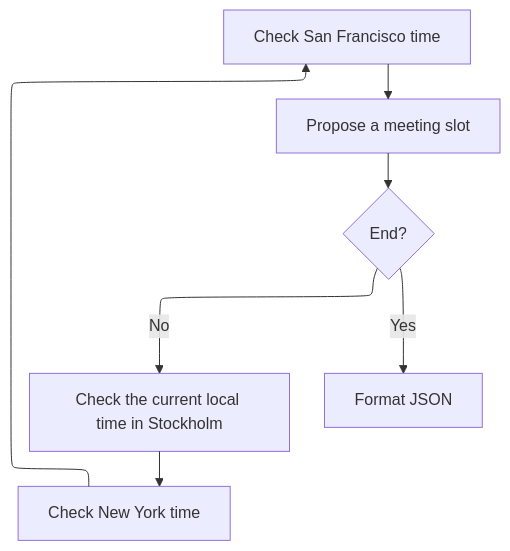
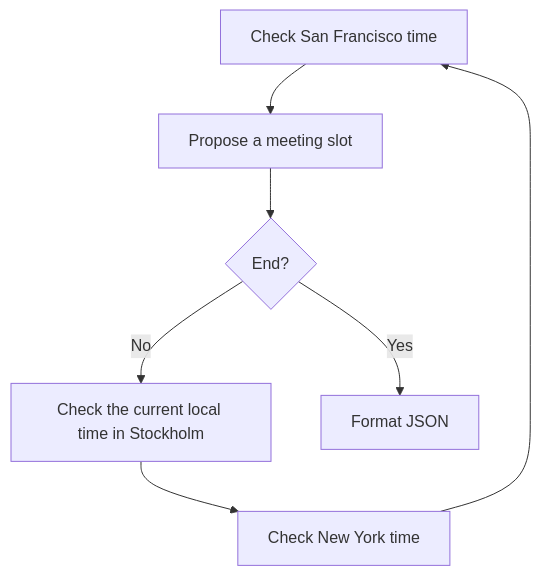
The diagram in e2e/diagrams/flowchart/dagre/dagre-should-keep-the-true-entry-on-top-when-a-back-edge-feeds-it-79.mmd (mermaid-js/mermaid), drawn with Mermaid before and after one commit. The commit also changed 14 other files, not shown here.

Commit message:
Fixed missed dagre layout for dagre-specific tests

```diff
--- a/e2e/diagrams/flowchart/dagre/dagre-should-keep-the-true-entry-on-top-when-a-back-edge-feeds-it-79.mmd
+++ b/e2e/diagrams/flowchart/dagre/dagre-should-keep-the-true-entry-on-top-when-a-back-edge-feeds-it-79.mmd
@@ -1,16 +1,16 @@
 ---
 config:
-  layout: elk
+  layout: dagre
   elk:
     keepEntryNodeOnTop: true
 ---
 flowchart TD
   san_francisco[Check San Francisco time]
   stockholm[Check the current local time in Stockholm]
   new_york[Check New York time]
   decide[Propose a meeting slot]
   end_decision{"End?"}
   format_json["Format JSON"]
   stockholm --> new_york --> san_francisco --> decide --> end_decision
   end_decision -->|Yes| format_json
   end_decision -->|No| stockholm
```
